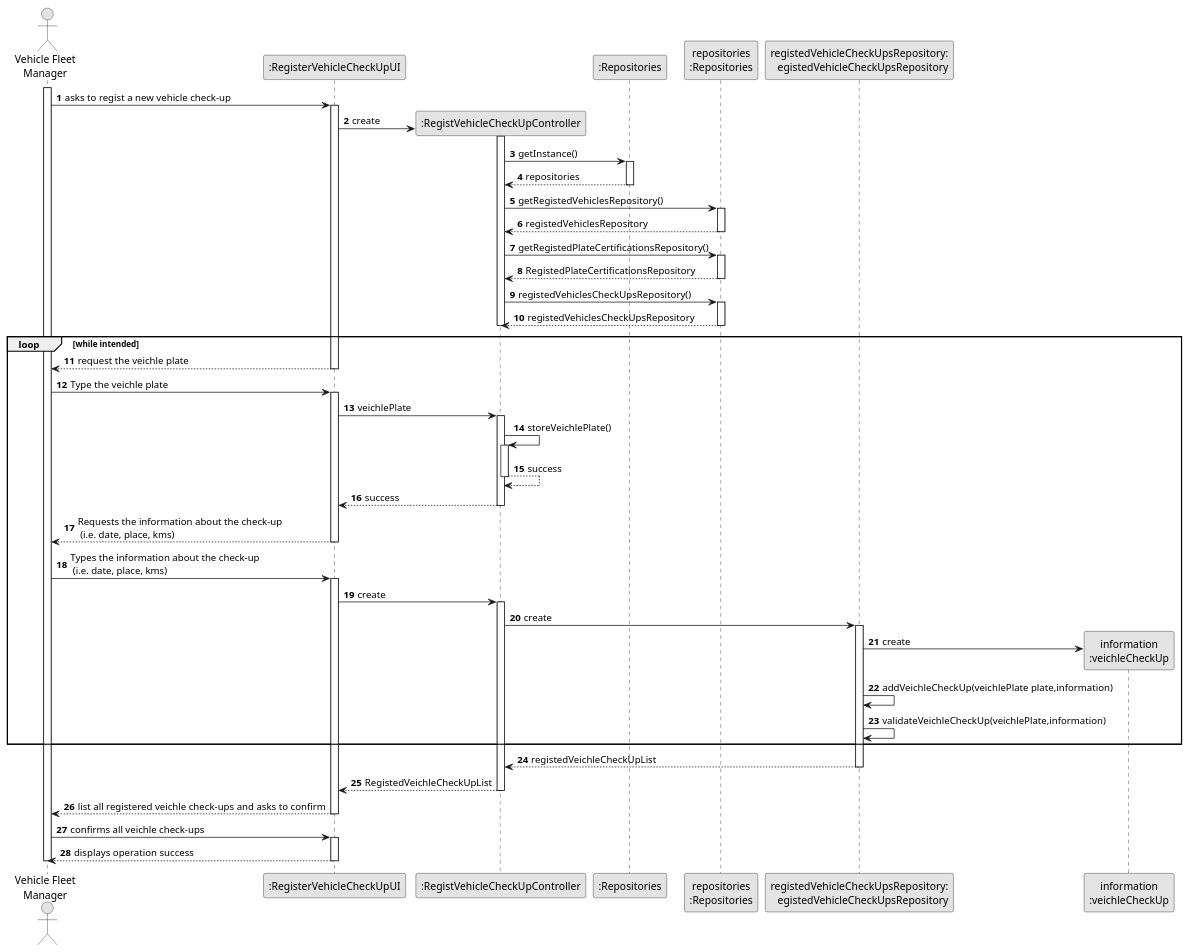
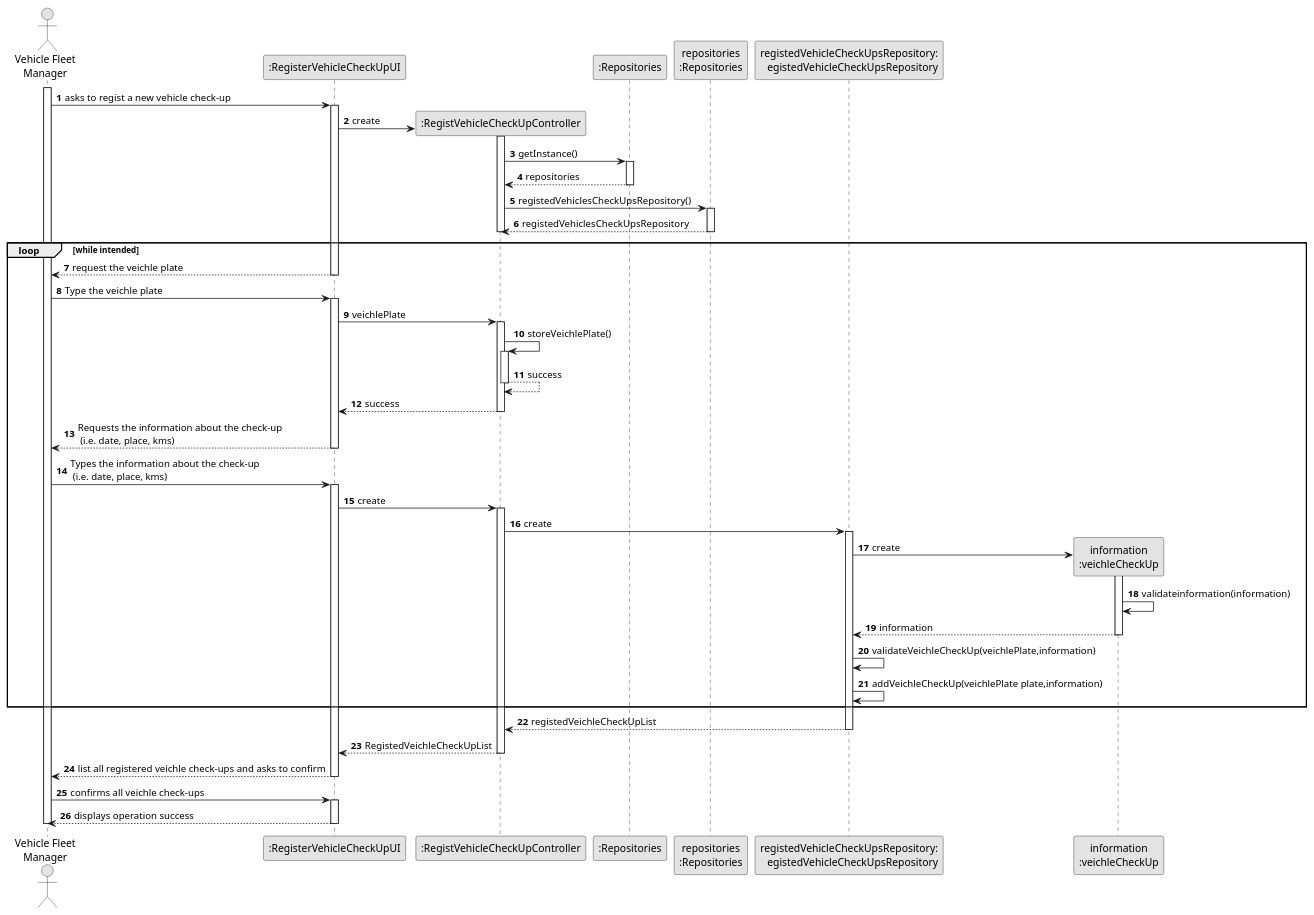
The diagram in docs/sprint2/us007/03.design/puml/us007-sequence-diagram-full.puml (1231360-ISEP/lei-24-s2-1db-g021), drawn with PlantUML before and after one commit. The commit also changed 2 other files, not shown here.

```diff
--- a/docs/sprint2/us007/03.design/puml/us007-sequence-diagram-full.puml
+++ b/docs/sprint2/us007/03.design/puml/us007-sequence-diagram-full.puml
@@ -1,102 +1,98 @@
 @startuml
 skinparam monochrome true
 skinparam packageStyle rectangle
 skinparam shadowing false
 
 autonumber
 
 'hide footbox
 actor "Vehicle Fleet\nManager" as VFM
 participant ":RegisterVehicleCheckUpUI" as UI
 participant ":RegistVehicleCheckUpController" as CTRL
 participant ":Repositories" as RepositorySingleton
 participant "repositories\n:Repositories" as PLAT
 participant "registedVehicleCheckUpsRepository:\registedVehicleCheckUpsRepository" as registedVehicleCheckUpsRepository
 participant "information\n:veichleCheckUp" as Data
 
 activate VFM
 
         VFM -> UI : asks to regist a new vehicle check-up
 
         activate UI
 
 '            UI --> ADM : requests data (reference, description,  informal \n description, technical description, duration, cost)
             'create CTRL
             UI -> CTRL** : create
             activate CTRL
 
                 CTRL -> RepositorySingleton : getInstance()
                 activate RepositorySingleton
 
                     RepositorySingleton --> CTRL: repositories
                 deactivate RepositorySingleton
 
-                CTRL -> PLAT : getRegistedVehiclesRepository()
-                activate PLAT
-
-                    PLAT --> CTRL: registedVehiclesRepository
-                deactivate PLAT
-                CTRL -> PLAT : getRegistedPlateCertificationsRepository()
-
-                activate PLAT
-                    PLAT --> CTRL: RegistedPlateCertificationsRepository
-                deactivate PLAT
                 CTRL -> PLAT : registedVehiclesCheckUpsRepository()
 
                 activate PLAT
                     PLAT --> CTRL: registedVehiclesCheckUpsRepository
                 deactivate PLAT
             deactivate CTRL
         loop while intended
             UI --> VFM : request the veichle plate
         deactivate UI
 
     VFM -> UI : Type the veichle plate
     activate UI
 
             UI -> CTRL : veichlePlate
                 activate CTRL
                 CTRL -> CTRL : storeVeichlePlate()
 
                 activate CTRL
                     CTRL --> CTRL : success
                 deactivate CTRL
 
                 CTRL --> UI : success
             deactivate CTRL
 
             UI --> VFM : Requests the information about the check-up\n (i.e. date, place, kms)
         deactivate UI
 
     VFM -> UI : Types the information about the check-up\n (i.e. date, place, kms)
     activate UI
         UI -> CTRL: create
 
         activate CTRL
             CTRL -> registedVehicleCheckUpsRepository : create
 
             activate registedVehicleCheckUpsRepository
-                registedVehicleCheckUpsRepository -> Data**: create
+            registedVehicleCheckUpsRepository -> Data**: create
+        activate Data
+
+        Data -> Data: validateinformation(information)
+
+        Data --> registedVehicleCheckUpsRepository : information
+                    deactivate Data
+                                registedVehicleCheckUpsRepository -> registedVehicleCheckUpsRepository: validateVeichleCheckUp(veichlePlate,information)
                 registedVehicleCheckUpsRepository -> registedVehicleCheckUpsRepository: addVeichleCheckUp(veichlePlate plate,information)
-                registedVehicleCheckUpsRepository -> registedVehicleCheckUpsRepository: validateVeichleCheckUp(veichlePlate,information)
         end
                 registedVehicleCheckUpsRepository --> CTRL : registedVeichleCheckUpList
             deactivate registedVehicleCheckUpsRepository
 
             CTRL --> UI : RegistedVeichleCheckUpList
 
         deactivate CTRL
 
         UI --> VFM : list all registered veichle check-ups and asks to confirm
 
     deactivate UI
 
     VFM -> UI : confirms all veichle check-ups
 
     activate UI
     UI --> VFM : displays operation success
     deactivate UI
 
 deactivate VFM
 
 @enduml
```
